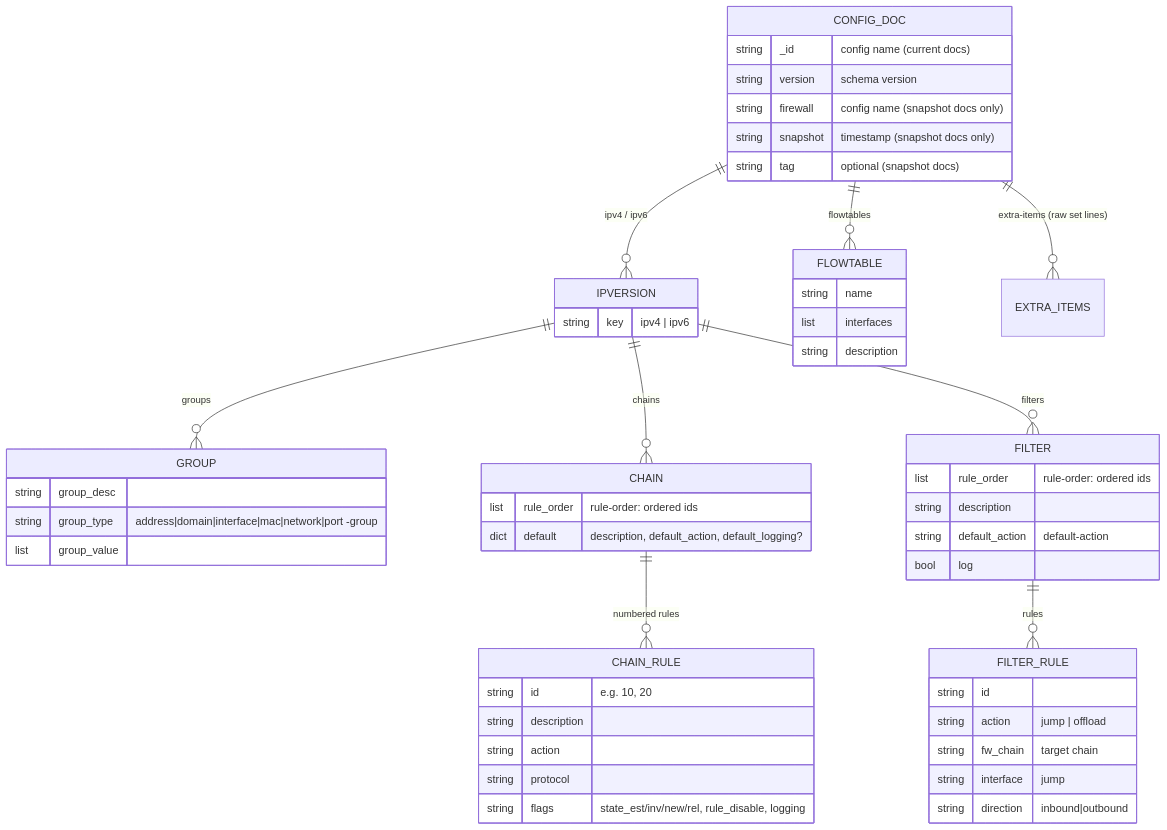
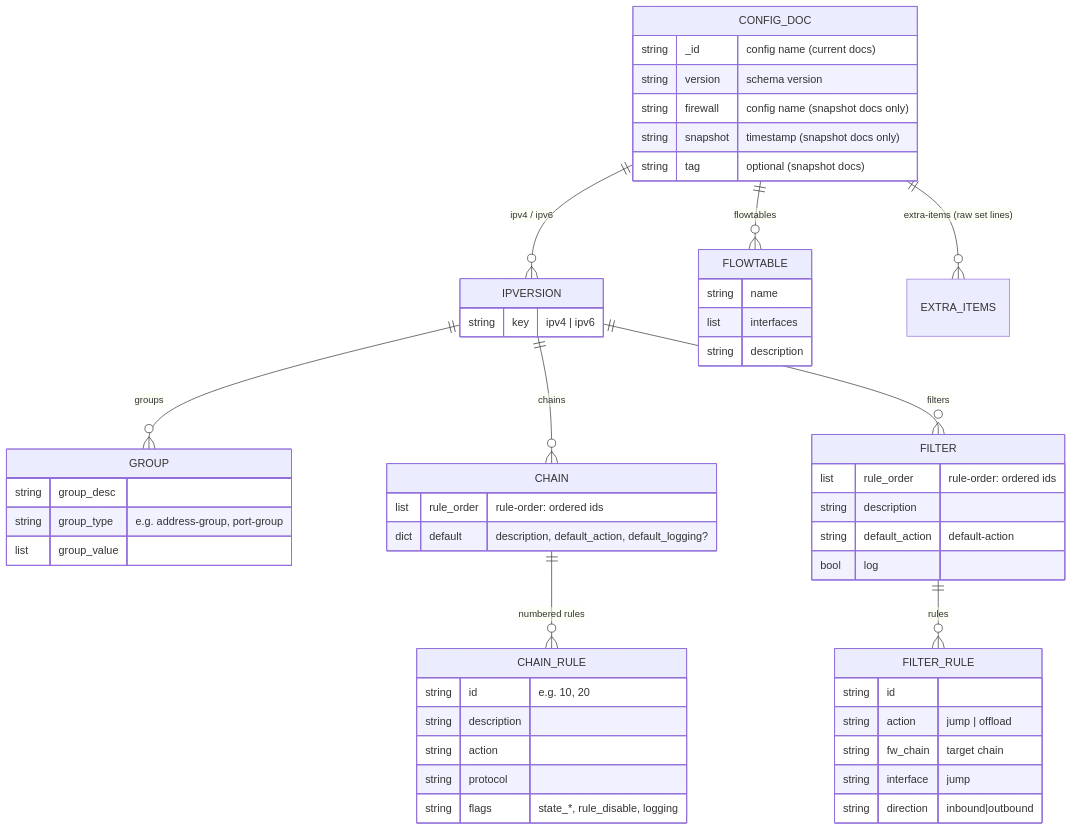
One commit to ibehren1/fw-gui changed the third of 8 diagrams in docs/data-architecture.md. Above: the diagram before and after it, drawn with Mermaid. The commit also changed other lines of this file and 1 other file, not shown here.

First line of the commit message:
docs: harden mermaid diagrams for GitHub rendering

````diff
--- a/docs/data-architecture.md
+++ b/docs/data-architecture.md
@@ -99,55 +99,55 @@
 ```mermaid
 erDiagram
     CONFIG_DOC {
         string _id "config name (current docs)"
         string version "schema version"
         string firewall "config name (snapshot docs only)"
         string snapshot "timestamp (snapshot docs only)"
         string tag "optional (snapshot docs)"
     }
     IPVERSION {
         string key "ipv4 | ipv6"
     }
     GROUP {
         string group_desc
-        string group_type "address|domain|interface|mac|network|port -group"
+        string group_type "e.g. address-group, port-group"
         list group_value
     }
     CHAIN {
         list rule_order "rule-order: ordered ids"
         dict default "description, default_action, default_logging?"
     }
     CHAIN_RULE {
         string id "e.g. 10, 20"
         string description
         string action
         string protocol
-        string flags "state_est/inv/new/rel, rule_disable, logging"
+        string flags "state_*, rule_disable, logging"
     }
     FILTER {
         list rule_order "rule-order: ordered ids"
         string description
         string default_action "default-action"
         bool log
     }
     FILTER_RULE {
         string id
         string action "jump | offload"
         string fw_chain "target chain"
         string interface "jump"
         string direction "inbound|outbound"
     }
     FLOWTABLE {
         string name
         list interfaces
         string description
     }
     CONFIG_DOC ||--o{ IPVERSION : "ipv4 / ipv6"
     IPVERSION ||--o{ GROUP : groups
     IPVERSION ||--o{ CHAIN : chains
     CHAIN ||--o{ CHAIN_RULE : "numbered rules"
     IPVERSION ||--o{ FILTER : filters
     FILTER ||--o{ FILTER_RULE : rules
     CONFIG_DOC ||--o{ FLOWTABLE : flowtables
     CONFIG_DOC ||--o{ EXTRA_ITEMS : "extra-items (raw set lines)"
 ```
````
